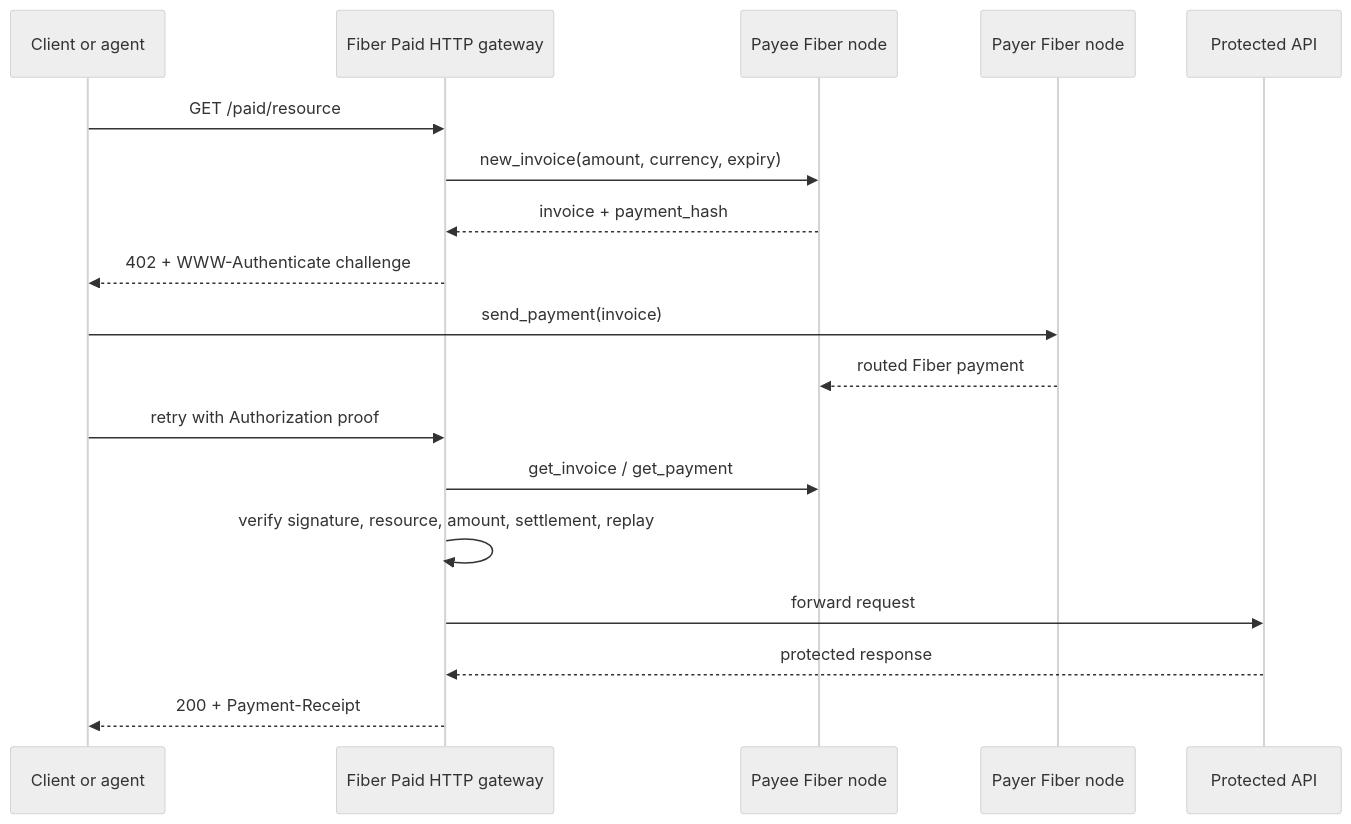
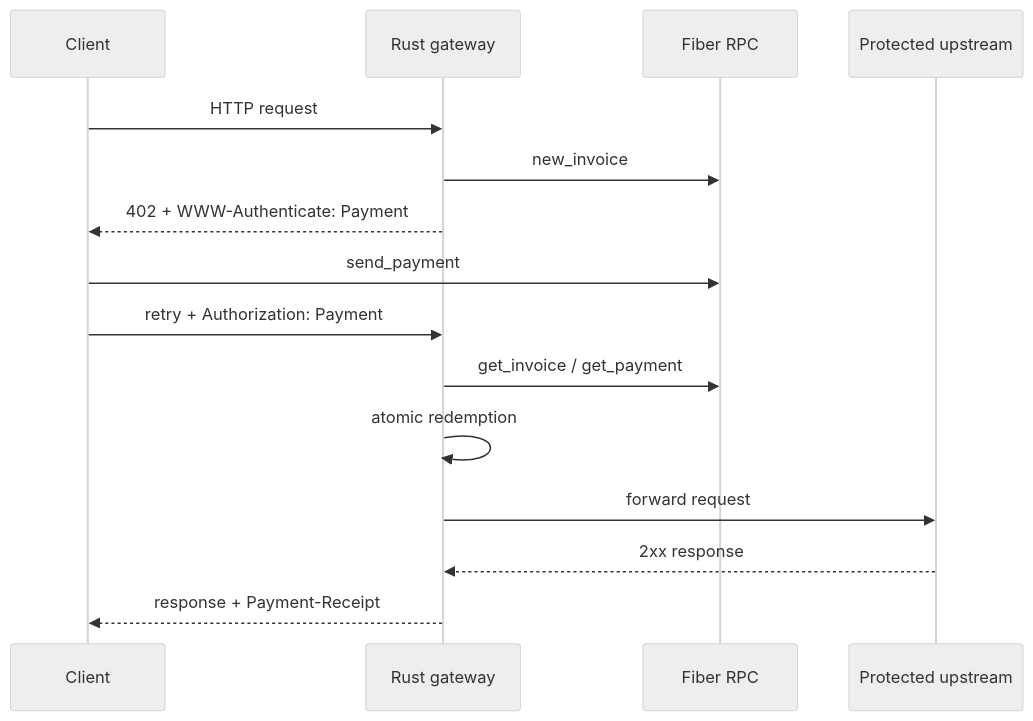
The diagram in README.md (a19q3/fiber-paid-http), drawn with Mermaid (neutral theme) before and after one commit. The commit also changed other lines of this file and 180 other files, not shown here.

Commit message:
Build Rust-first Fiber Paid HTTP production gateway

````diff
--- a/README.md
+++ b/README.md
@@ -26,21 +15,17 @@
 ```mermaid
 sequenceDiagram
-    participant Client as Client or agent
-    participant Gateway as Fiber Paid HTTP gateway
-    participant Payee as Payee Fiber node
-    participant Payer as Payer Fiber node
-    participant API as Protected API
-
-    Client->>Gateway: GET /paid/resource
-    Gateway->>Payee: new_invoice(amount, currency, expiry)
-    Payee-->>Gateway: invoice + payment_hash
-    Gateway-->>Client: 402 + WWW-Authenticate challenge
-    Client->>Payer: send_payment(invoice)
-    Payer-->>Payee: routed Fiber payment
-    Client->>Gateway: retry with Authorization proof
-    Gateway->>Payee: get_invoice / get_payment
-    Gateway->>Gateway: verify signature, resource, amount, settlement, replay
-    Gateway->>API: forward request
-    API-->>Gateway: protected response
-    Gateway-->>Client: 200 + Payment-Receipt
+    participant C as Client
+    participant G as Rust gateway
+    participant F as Fiber RPC
+    participant U as Protected upstream
+    C->>G: HTTP request
+    G->>F: new_invoice
+    G-->>C: 402 + WWW-Authenticate: Payment
+    C->>F: send_payment
+    C->>G: retry + Authorization: Payment
+    G->>F: get_invoice / get_payment
+    G->>G: atomic redemption
+    G->>U: forward request
+    U-->>G: 2xx response
+    G-->>C: response + Payment-Receipt
 ```
````
